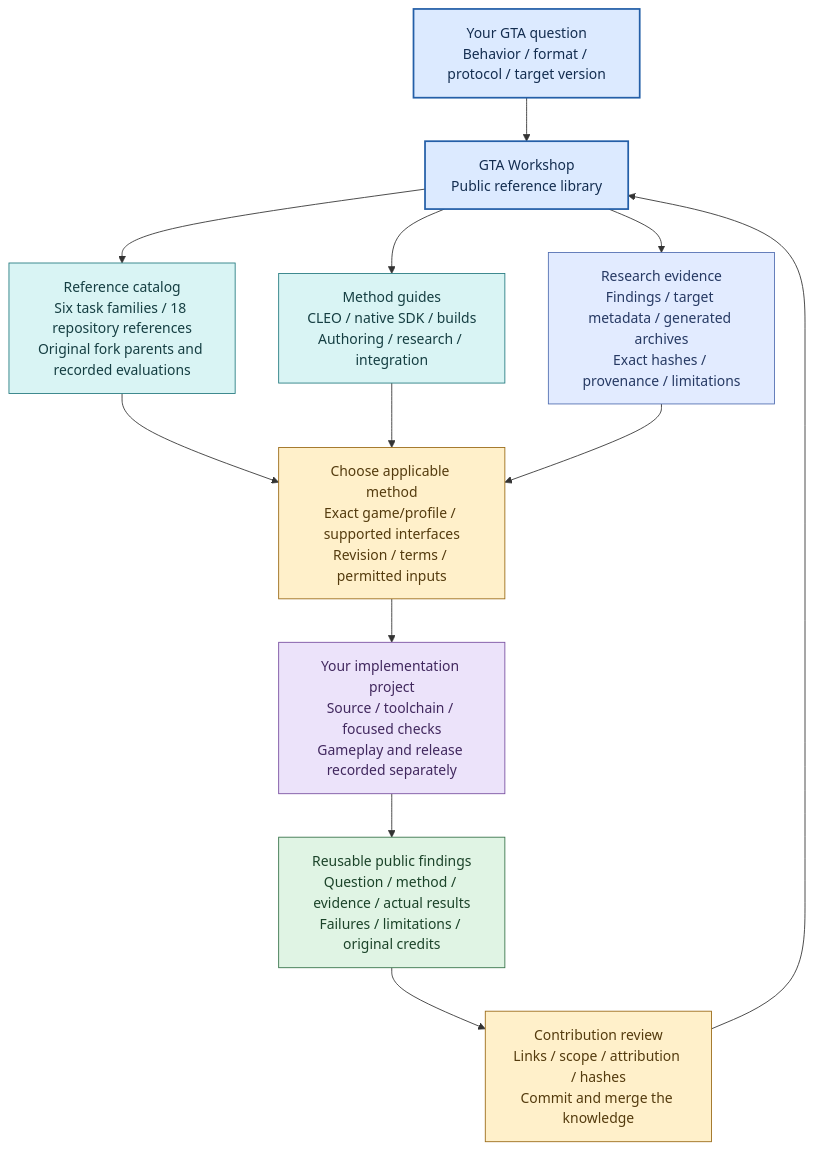
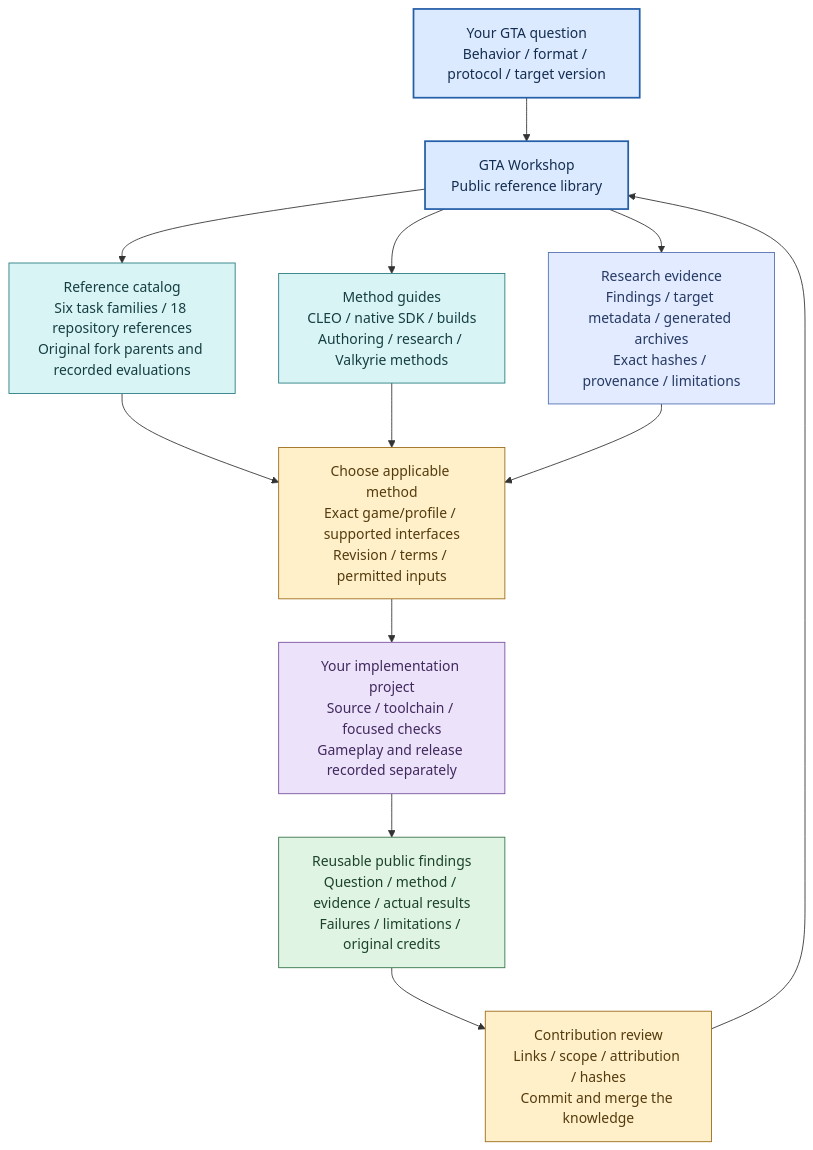
Before and after one commit to darkcenturies/gta-workshop: the diagram in docs/workshop/ownership.mmd, drawn with Mermaid. The commit also changed 12 other files, not shown here.

Commit message:
Document eight Valkyrie tool methods in the public reference library.

```diff
--- a/docs/workshop/ownership.mmd
+++ b/docs/workshop/ownership.mmd
@@ -1,43 +1,43 @@
 flowchart TB
     accTitle: Public GTA reference library navigation
     accDescr: A reader chooses a GTA task, consults public upstream references and methods, studies evidence, works in their own implementation project and returns reusable findings. No private product owners are cataloged.
     Q["Your GTA question
 Behavior / format / protocol / target version"]:::hub
     LIB["GTA Workshop
 Public reference library"]:::hub
     CAT["Reference catalog
 Six task families / 18 repository references
 Original fork parents and recorded evaluations"]:::reference
     GUIDE["Method guides
 CLEO / native SDK / builds
-Authoring / research / integration"]:::reference
+Authoring / research / Valkyrie methods"]:::reference
     EVID["Research evidence
 Findings / target metadata / generated archives
 Exact hashes / provenance / limitations"]:::evidence
     TASK["Choose applicable method
 Exact game/profile / supported interfaces
 Revision / terms / permitted inputs"]:::gate
     WORK["Your implementation project
 Source / toolchain / focused checks
 Gameplay and release recorded separately"]:::project
     RETURN["Reusable public findings
 Question / method / evidence / actual results
 Failures / limitations / original credits"]:::public
     REVIEW["Contribution review
 Links / scope / attribution / hashes
 Commit and merge the knowledge"]:::gate
     Q --> LIB
     LIB --> CAT & GUIDE & EVID
     CAT & GUIDE & EVID --> TASK
     TASK --> WORK
     WORK --> RETURN
     RETURN --> REVIEW
     REVIEW --> LIB
 
     classDef hub fill:#dceaff,stroke:#245fa8,color:#132d50,stroke-width:2px;
     classDef reference fill:#d9f4f4,stroke:#267b80,color:#153e42;
     classDef gate fill:#fff0ca,stroke:#9a6a16,color:#543b0e;
     classDef evidence fill:#e2ebff,stroke:#526eb1,color:#263963;
     classDef public fill:#e0f4e4,stroke:#367349,color:#1b4329;
     classDef project fill:#ece3fa,stroke:#7950a1,color:#41285e;
     classDef excluded fill:#ffe4e0,stroke:#b64c41,color:#622820;
```
